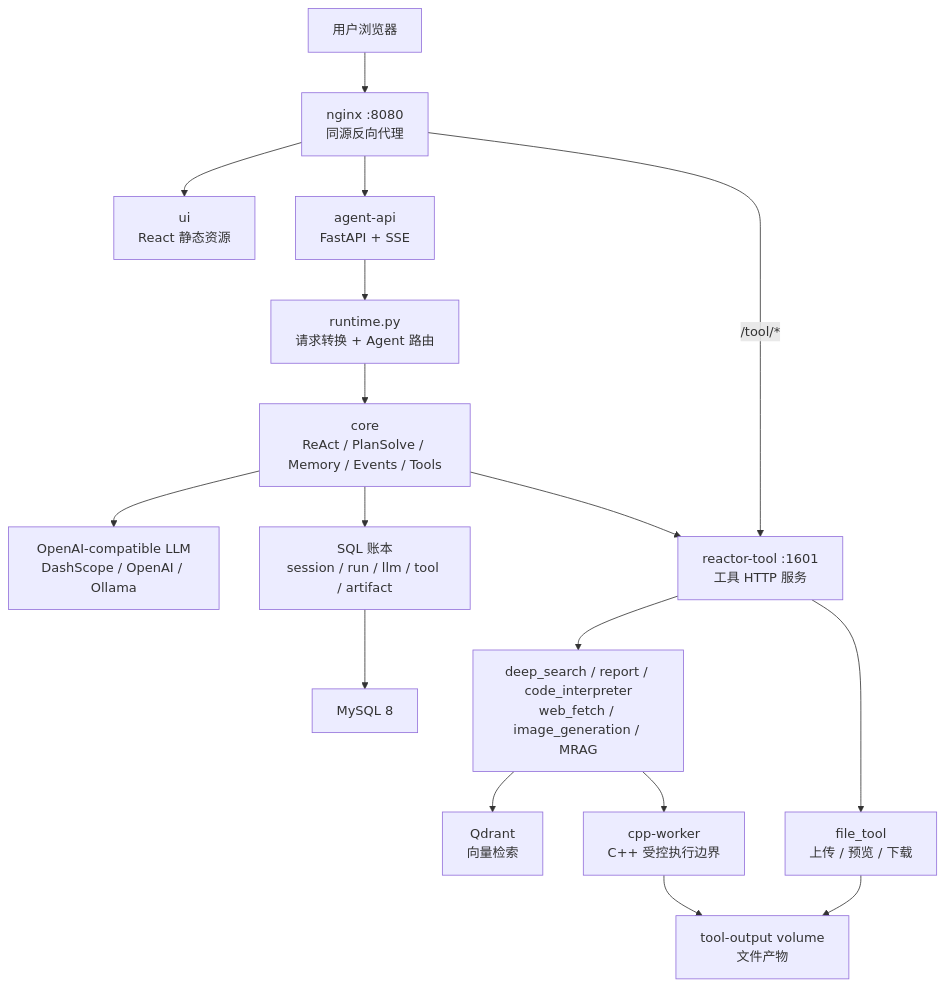
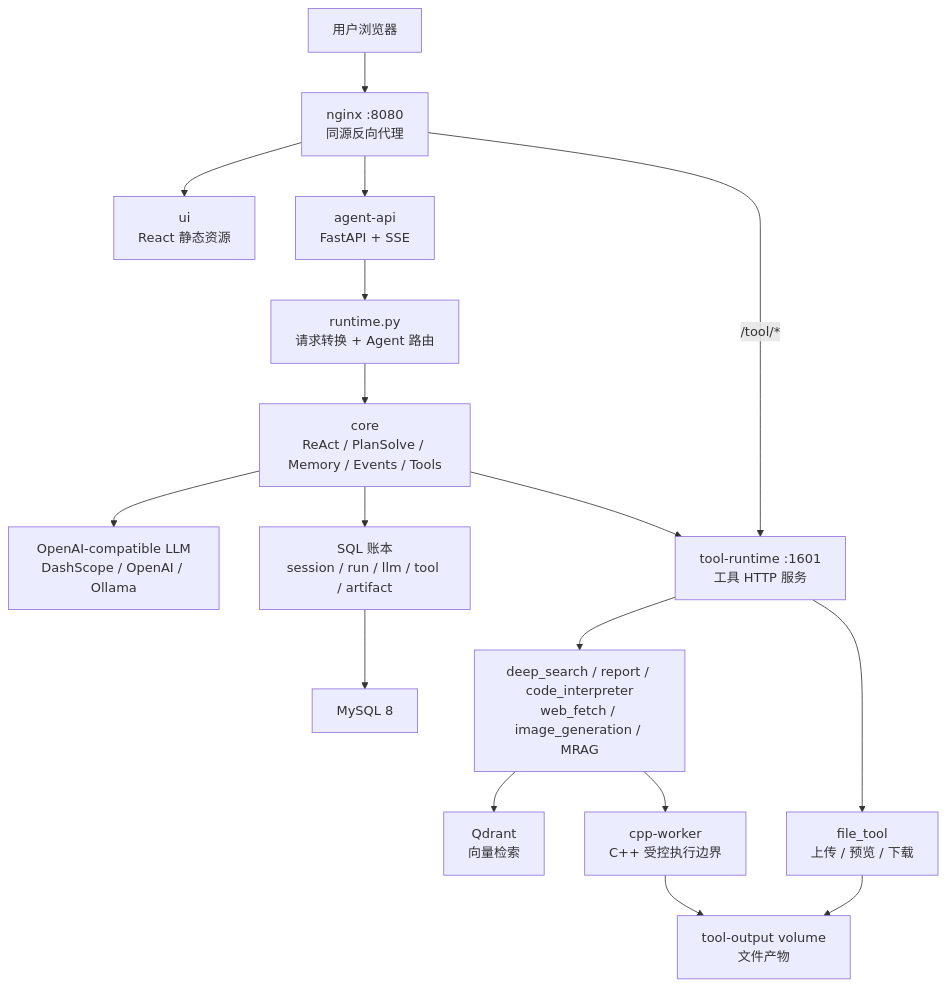
Before and after one commit to MiRuiZhi/MRZ-s-ai-agent: the first of 3 diagrams in README.md, drawn with Mermaid. The commit also changed other lines of this file and 8 other files, not shown here.

````diff
--- a/README.md
+++ b/README.md
@@ -42,22 +31,22 @@
 ```mermaid
 flowchart TB
     User["用户浏览器"] --> Nginx["nginx :8080\n同源反向代理"]
 
     Nginx --> UI["ui\nReact 静态资源"]
     Nginx --> API["agent-api\nFastAPI + SSE"]
-    Nginx -->|"/tool/*"| ToolRuntime["reactor-tool :1601\n工具 HTTP 服务"]
+    Nginx -->|"/tool/*"| ToolRuntime["tool-runtime :1601\n工具 HTTP 服务"]
 
     API --> Runtime["runtime.py\n请求转换 + Agent 路由"]
     Runtime --> Core["core\nReAct / PlanSolve / Memory / Events / Tools"]
     Core --> LLM["OpenAI-compatible LLM\nDashScope / OpenAI / Ollama"]
     Core --> Ledger["SQL 账本\nsession / run / llm / tool / artifact"]
     Ledger --> MySQL["MySQL 8"]
 
     Core --> ToolRuntime
     ToolRuntime --> Tools["deep_search / report / code_interpreter\nweb_fetch / image_generation / MRAG"]
     ToolRuntime --> FileService["file_tool\n上传 / 预览 / 下载"]
     Tools --> Qdrant["Qdrant\n向量检索"]
     Tools --> Cpp["cpp-worker\nC++ 受控执行边界"]
     Cpp --> ToolVolume["tool-output volume\n文件产物"]
     FileService --> ToolVolume
 ```
````
